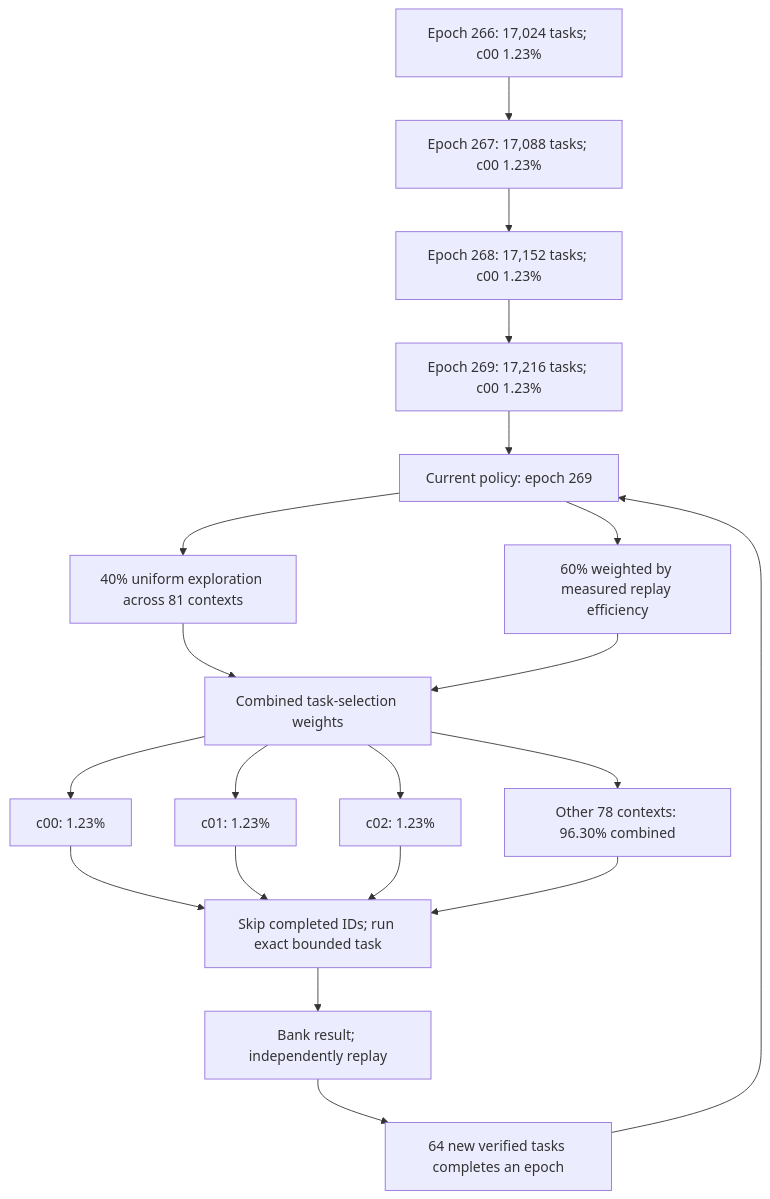
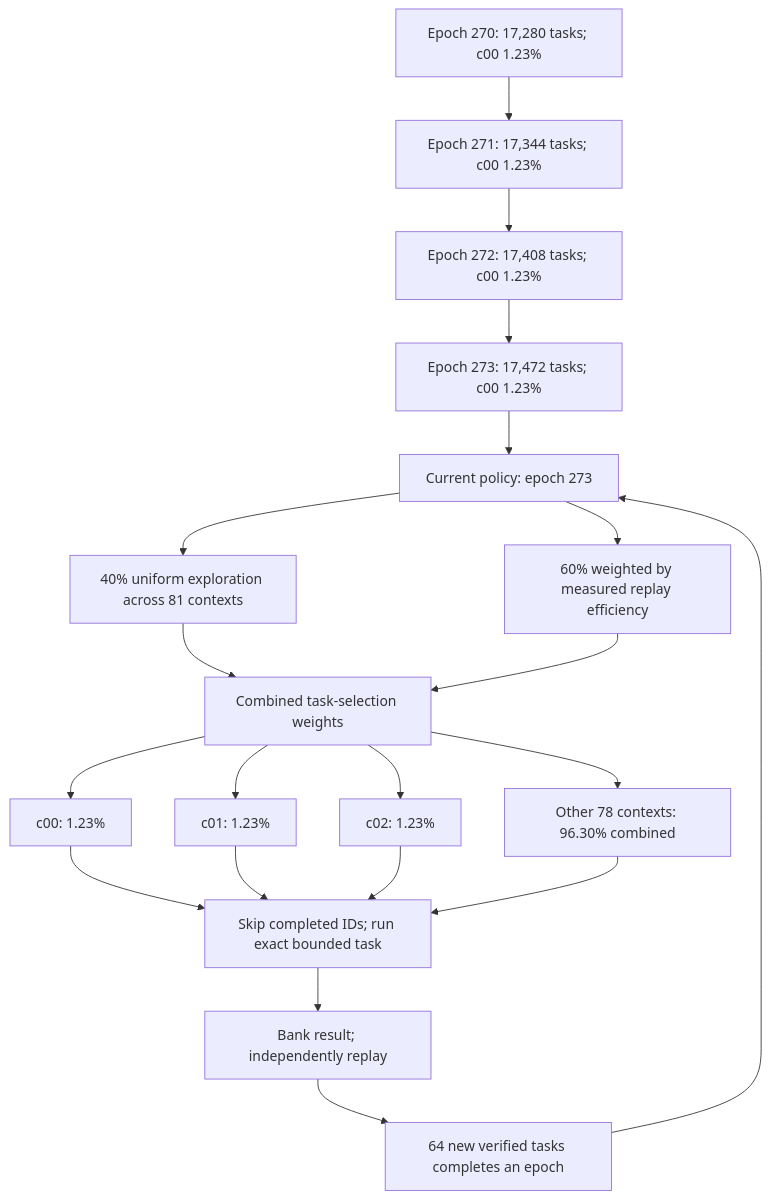
One commit to Kuberwastaken/math-gambling changed the diagram in README.md. Above: the diagram before and after it, drawn with Mermaid. The commit also changed other lines of this file and 596 other files, not shown here.

````diff
--- a/README.md
+++ b/README.md
@@ -49,27 +49,27 @@
 ```mermaid
 flowchart TD
-    H0["Epoch 266: 17,024 tasks; c00 1.23%"]
-    H1["Epoch 267: 17,088 tasks; c00 1.23%"]
+    H0["Epoch 270: 17,280 tasks; c00 1.23%"]
+    H1["Epoch 271: 17,344 tasks; c00 1.23%"]
     H0 --> H1
-    H2["Epoch 268: 17,152 tasks; c00 1.23%"]
+    H2["Epoch 272: 17,408 tasks; c00 1.23%"]
     H1 --> H2
-    H3["Epoch 269: 17,216 tasks; c00 1.23%"]
+    H3["Epoch 273: 17,472 tasks; c00 1.23%"]
     H2 --> H3
-    Policy["Current policy: epoch 269"]
+    Policy["Current policy: epoch 273"]
     H3 --> Policy
     Policy --> Explore["40% uniform exploration across 81 contexts"]
     Policy --> Cost["60% weighted by measured replay efficiency"]
     Explore --> Mix["Combined task-selection weights"]
     Cost --> Mix
     Mix --> C0["c00: 1.23%"]
     Mix --> C1["c01: 1.23%"]
     Mix --> C2["c02: 1.23%"]
     Mix --> Rest["Other 78 contexts: 96.30% combined"]
     C0 --> Check["Skip completed IDs; run exact bounded task"]
     C1 --> Check
     C2 --> Check
     Rest --> Check
     Check --> Replay["Bank result; independently replay"]
     Replay --> Gate["64 new verified tasks completes an epoch"]
     Gate --> Policy
 ```
````
